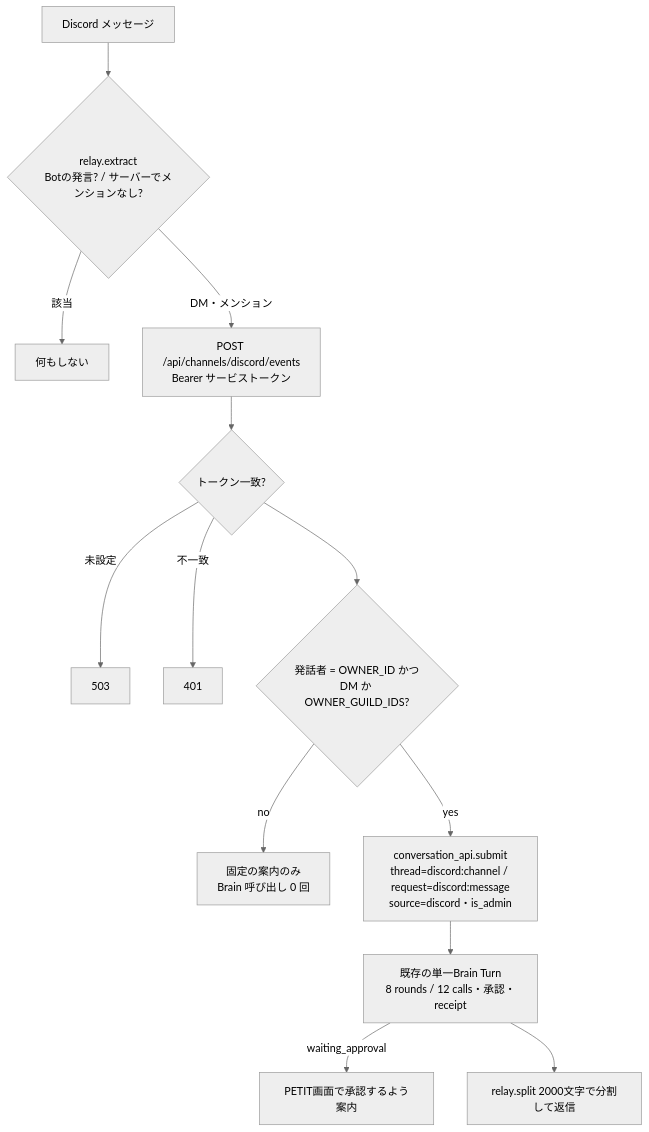
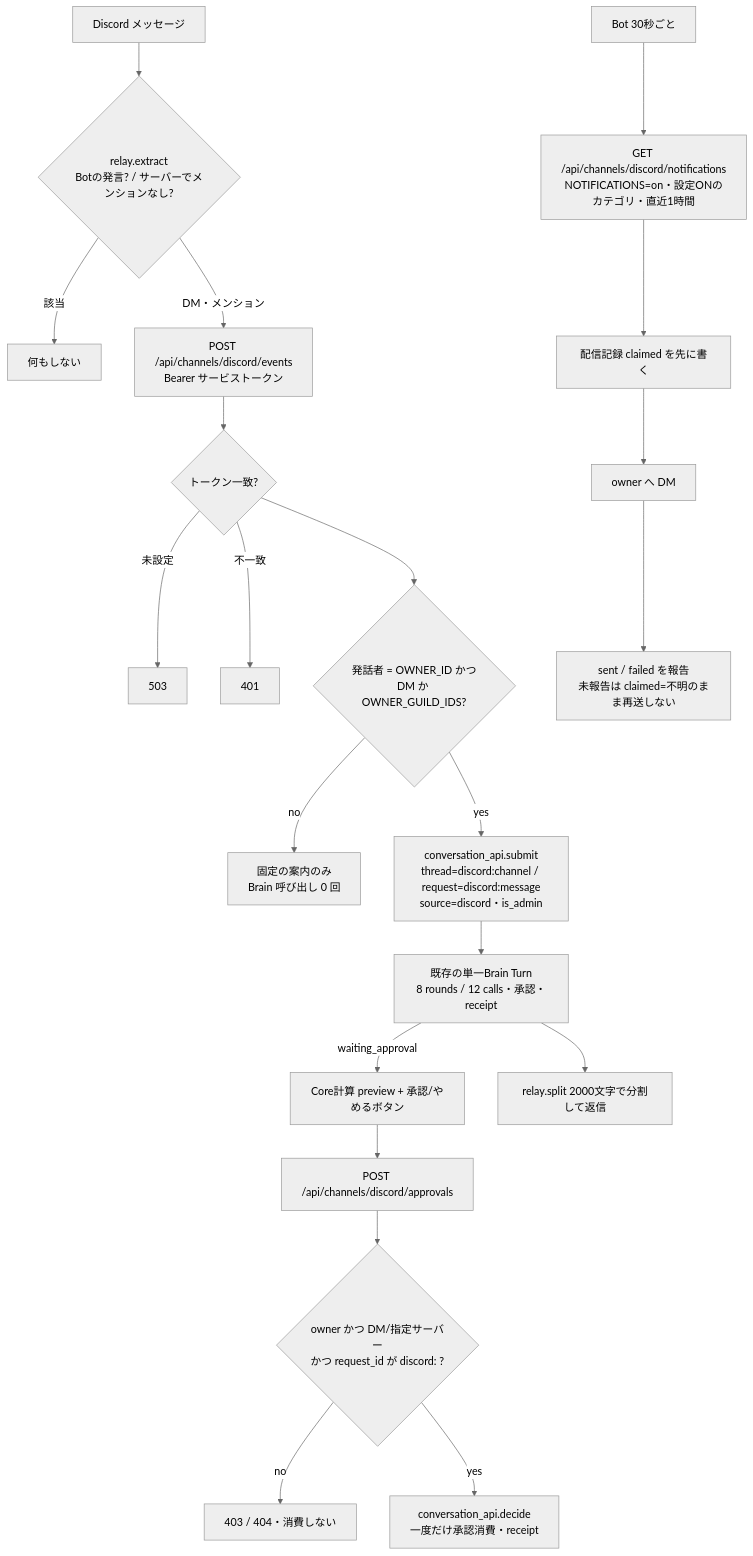
The second of 30 diagrams in docs/runtime-flows.md (Soso2e/PETIT), drawn with Mermaid (neutral theme) before and after one commit. The commit also changed other lines of this file and 13 other files, not shown here.

````diff
--- a/docs/runtime-flows.md
+++ b/docs/runtime-flows.md
@@ -24,15 +24,23 @@
 ```mermaid
 flowchart TD
     Msg[Discord メッセージ] --> Extract{relay.extract<br/>Botの発言? / サーバーでメンションなし?}
     Extract -->|該当| Silent[何もしない]
     Extract -->|DM・メンション| Post[POST /api/channels/discord/events<br/>Bearer サービストークン]
     Post --> Auth{トークン一致?}
     Auth -->|未設定| E503[503]
     Auth -->|不一致| E401[401]
     Auth --> Mode{発話者 = OWNER_ID かつ<br/>DM か OWNER_GUILD_IDS?}
     Mode -->|no| Guide[固定の案内のみ<br/>Brain 呼び出し 0 回]
     Mode -->|yes| Submit[conversation_api.submit<br/>thread=discord:channel / request=discord:message<br/>source=discord・is_admin]
     Submit --> Turn[既存の単一Brain Turn<br/>8 rounds / 12 calls・承認・receipt]
-    Turn -->|waiting_approval| Note[PETIT画面で承認するよう案内]
+    Turn -->|waiting_approval| Buttons[Core計算 preview + 承認/やめるボタン]
     Turn --> Split[relay.split 2000文字で分割して返信]
+    Buttons --> Press[POST /api/channels/discord/approvals]
+    Press --> Check{owner かつ DM/指定サーバー<br/>かつ request_id が discord: ?}
+    Check -->|no| Deny[403 / 404・消費しない]
+    Check -->|yes| Decide[conversation_api.decide<br/>一度だけ承認消費・receipt]
+    Poll[Bot 30秒ごと] --> Claim[GET /api/channels/discord/notifications<br/>NOTIFICATIONS=on・設定ONのカテゴリ・直近1時間]
+    Claim --> Mark[配信記録 claimed を先に書く]
+    Mark --> DM[owner へ DM]
+    DM --> Report[sent / failed を報告<br/>未報告は claimed=不明のまま再送しない]
 ```
````
